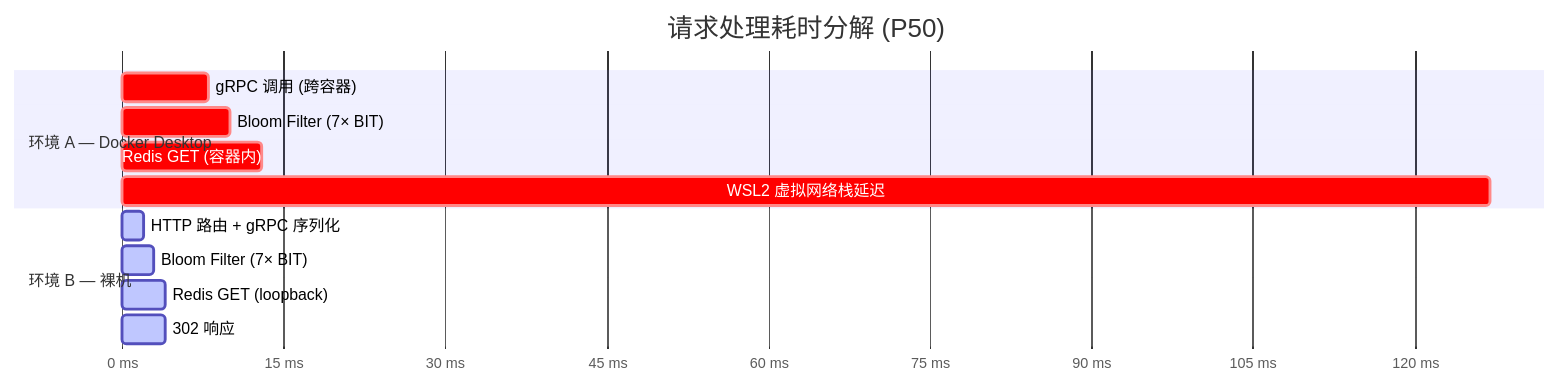
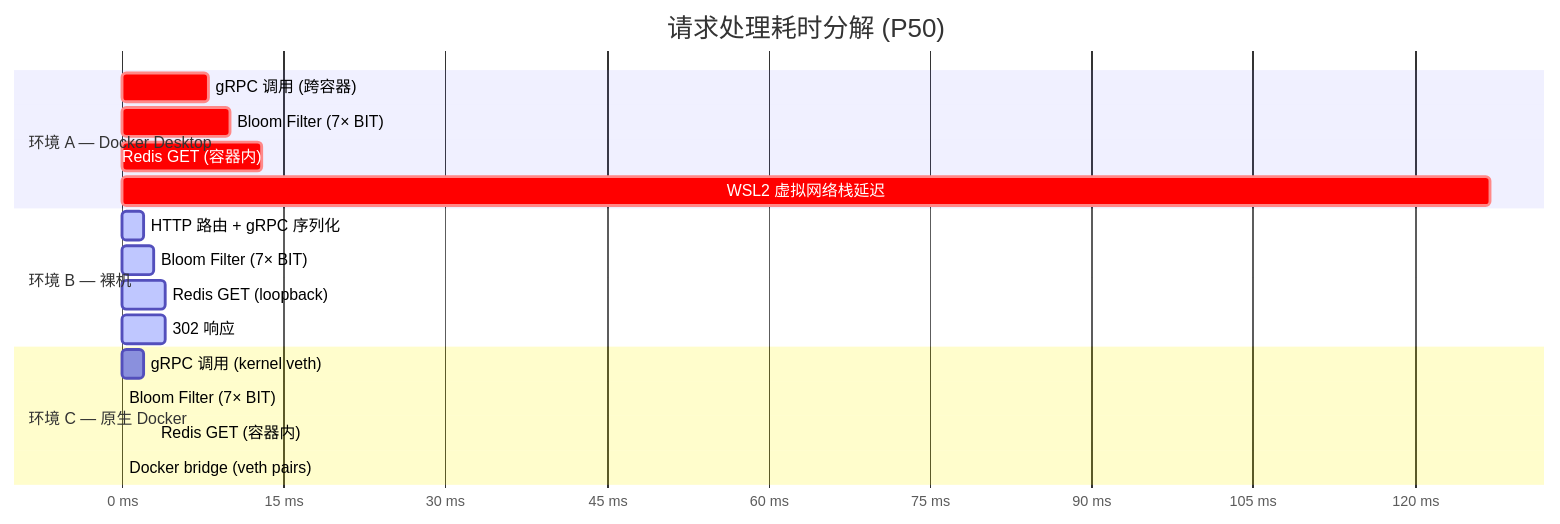
One commit to Vierblatt/shortlink changed the diagram in README.md. Above: the diagram before and after it, drawn with Mermaid. The commit also changed other lines of this file and 8 other files, not shown here.

````diff
--- a/README.md
+++ b/README.md
@@ -239,18 +249,24 @@
 ```mermaid
 gantt
     title 请求处理耗时分解 (P50)
     dateFormat X
     axisFormat %s ms
 
     section 环境 A — Docker Desktop
     gRPC 调用 (跨容器)             :crit, a1, 0, 8
     Bloom Filter (7× BIT)          :crit, a2, 8, 10
     Redis GET (容器内)             :crit, a3, 10, 13
     WSL2 虚拟网络栈延迟            :crit, a4, 13, 127
 
     section 环境 B — 裸机
     HTTP 路由 + gRPC 序列化        :active, b1, 0, 2
     Bloom Filter (7× BIT)          :active, b2, 2, 3
     Redis GET (loopback)           :active, b3, 3, 4
     302 响应                       :active, b4, 4, 4
+
+    section 环境 C — 原生 Docker
+    gRPC 调用 (kernel veth)        :c1, 0, 2
+    Bloom Filter (7× BIT)          :c2, 2, 2.5
+    Redis GET (容器内)             :c3, 2.5, 3
+    Docker bridge (veth pairs)     :c4, 3, 4.5
 ```
````
